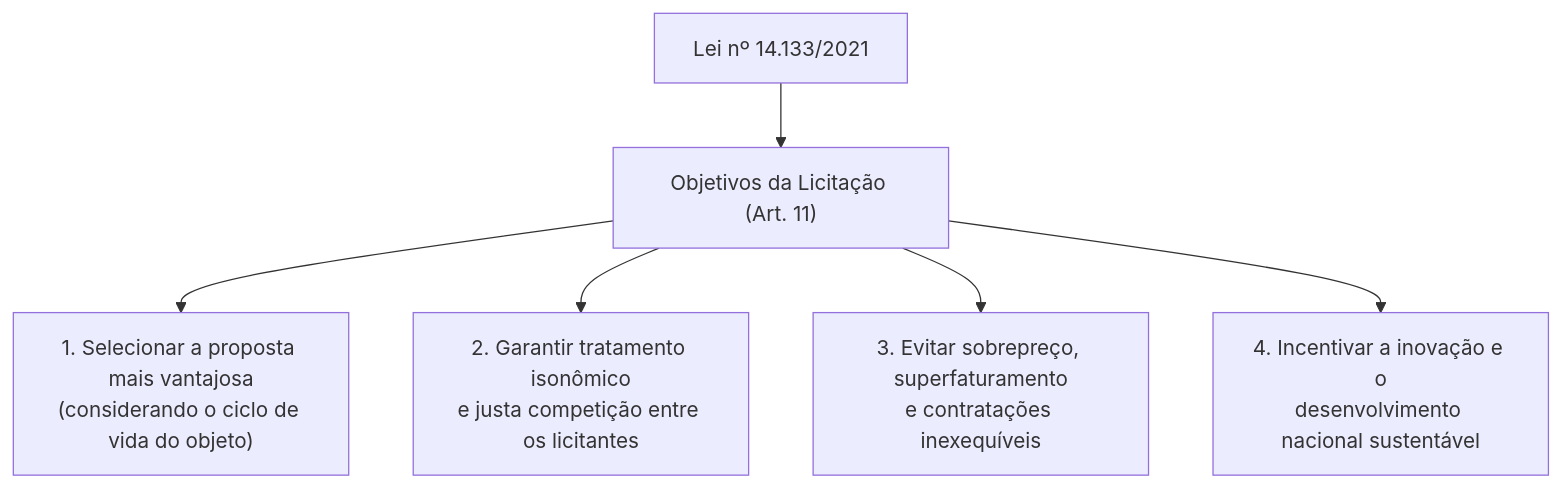
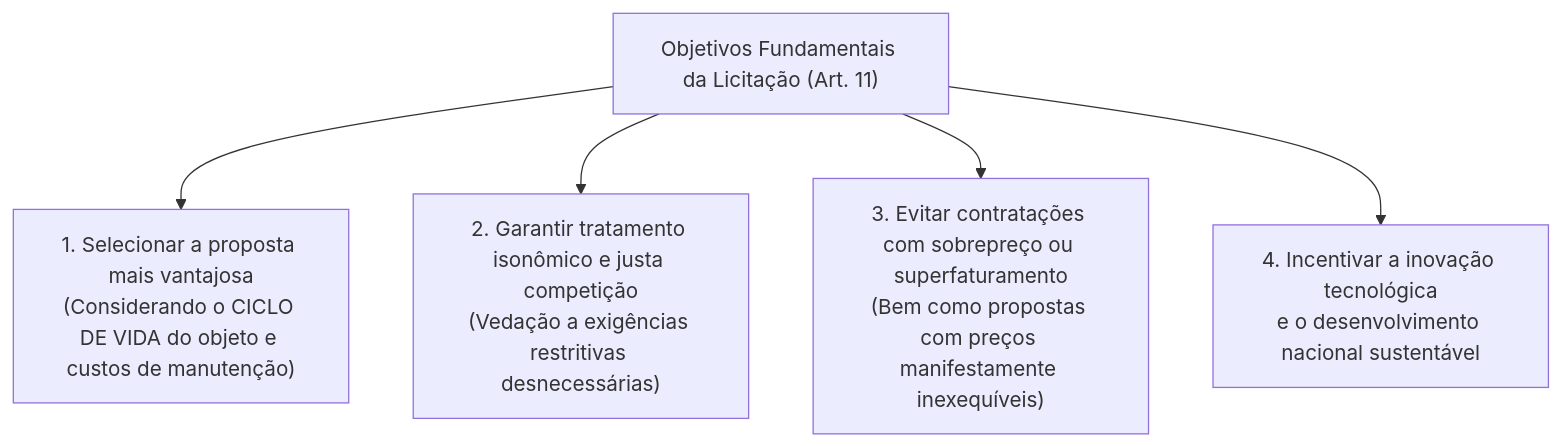
Before and after one commit to thiagosantos346/TCE-GO-2027: the first of 3 diagrams in fontes_de_estudo/conhecimentos_especificos_a01_tecnico_administrativo/16_licitacoes_e_contratos_administrativos/01_governanca_planejamento_etp_tr_e_matriz_riscos.md, drawn with Mermaid. The commit also changed other lines of this file and 119 other files, not shown here.

````diff
--- a/fontes_de_estudo/conhecimentos_especificos_a01_tecnico_administrativo/16_licitacoes_e_contratos_administrativos/01_governanca_planejamento_etp_tr_e_matriz_riscos.md
+++ b/fontes_de_estudo/conhecimentos_especificos_a01_tecnico_administrativo/16_licitacoes_e_contratos_administrativos/01_governanca_planejamento_etp_tr_e_matriz_riscos.md
@@ -58,8 +60,9 @@
 ```mermaid
 flowchart TD
-    NLLC["Lei nº 14.133/2021"] --> OBJ["Objetivos da Licitação (Art. 11)"]
-    OBJ --> P1["1. Selecionar a proposta mais vantajosa<br/>(considerando o ciclo de vida do objeto)"]
-    OBJ --> P2["2. Garantir tratamento isonômico<br/>e justa competição entre os licitantes"]
-    OBJ --> P3["3. Evitar sobrepreço, superfaturamento<br/>e contratações inexequíveis"]
-    OBJ --> P4["4. Incentivar a inovação e o<br/>desenvolvimento nacional sustentável"]
+    OBJ["Objetivos Fundamentais da Licitação (Art. 11)"]
+    
+    OBJ --> O1["1. Selecionar a proposta mais vantajosa<br/>(Considerando o CICLO DE VIDA do objeto e custos de manutenção)"]
+    OBJ --> O2["2. Garantir tratamento isonômico e justa competição<br/>(Vedação a exigências restritivas desnecessárias)"]
+    OBJ --> O3["3. Evitar contratações com sobrepreço ou superfaturamento<br/>(Bem como propostas com preços manifestamente inexequíveis)"]
+    OBJ --> O4["4. Incentivar a inovação tecnológica<br/>e o desenvolvimento nacional sustentável"]
 ```
````
